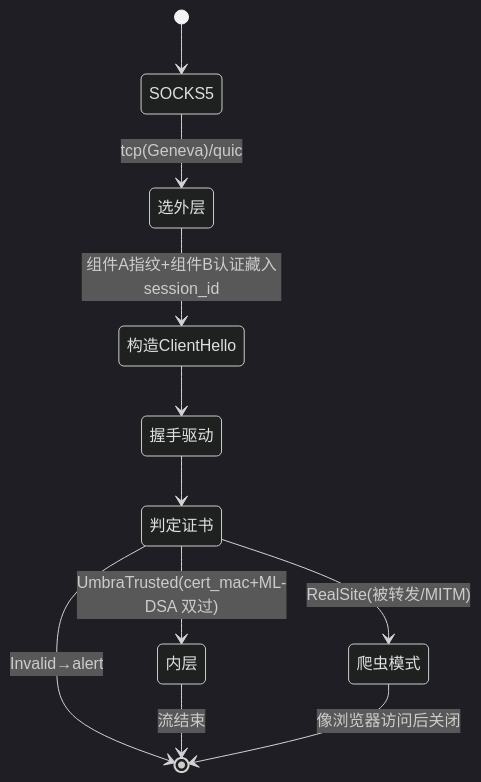
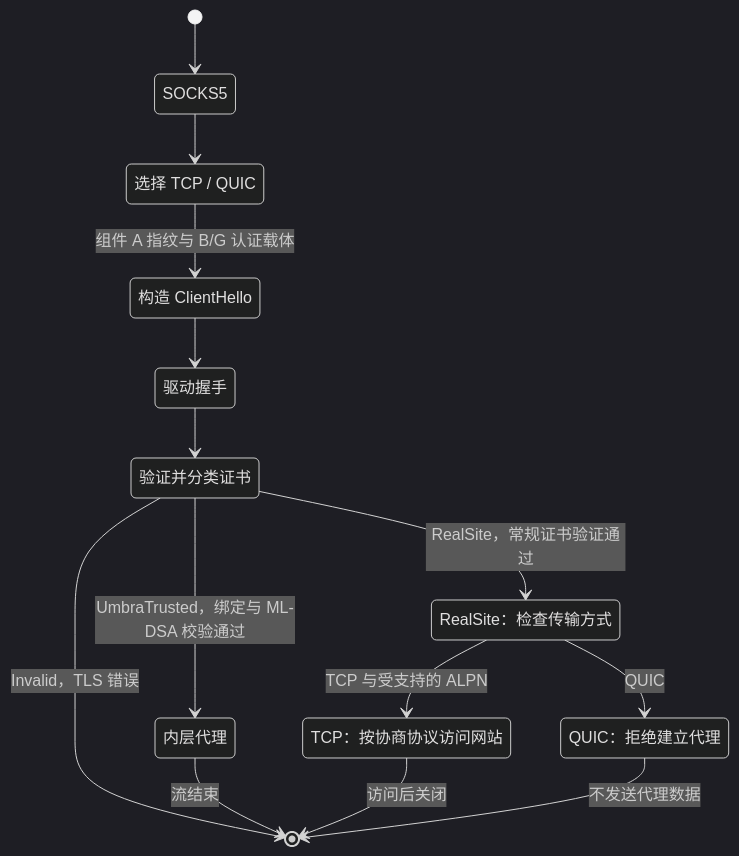
One commit to lotosli/umbra changed the third of 3 diagrams in docs/protocol-design.md. Above: the diagram before and after it, drawn with Mermaid (dark theme). The commit also changed other lines of this file and 92 other files, not shown here.

````diff
--- a/docs/protocol-design.md
+++ b/docs/protocol-design.md
@@ -704,13 +723,24 @@
 ```mermaid
 stateDiagram-v2
+    state "选择 TCP / QUIC" as Transport
+    state "构造 ClientHello" as Hello
+    state "驱动握手" as Handshake
+    state "验证并分类证书" as Certificate
+    state "内层代理" as Inner
+    state "RealSite：检查传输方式" as RealSite
+    state "TCP：按协商协议访问网站" as Spider
+    state "QUIC：拒绝建立代理" as Reject
     [*] --> SOCKS5
-    SOCKS5 --> 选外层: tcp(Geneva)/quic
-    选外层 --> 构造ClientHello: 组件A指纹+组件B认证藏入session_id
-    构造ClientHello --> 握手驱动
-    握手驱动 --> 判定证书
-    判定证书 --> 内层: UmbraTrusted(cert_mac+ML-DSA 双过)
-    判定证书 --> 爬虫模式: RealSite(被转发/MITM)
-    判定证书 --> [*]: Invalid→alert
-    内层 --> [*]: 流结束
-    爬虫模式 --> [*]: 像浏览器访问后关闭
+    SOCKS5 --> Transport
+    Transport --> Hello: 组件 A 指纹与 B/G 认证载体
+    Hello --> Handshake
+    Handshake --> Certificate
+    Certificate --> Inner: UmbraTrusted，绑定与 ML-DSA 校验通过
+    Certificate --> RealSite: RealSite，常规证书验证通过
+    Certificate --> [*]: Invalid，TLS 错误
+    RealSite --> Spider: TCP 与受支持的 ALPN
+    RealSite --> Reject: QUIC
+    Inner --> [*]: 流结束
+    Spider --> [*]: 访问后关闭
+    Reject --> [*]: 不发送代理数据
 ```
````
